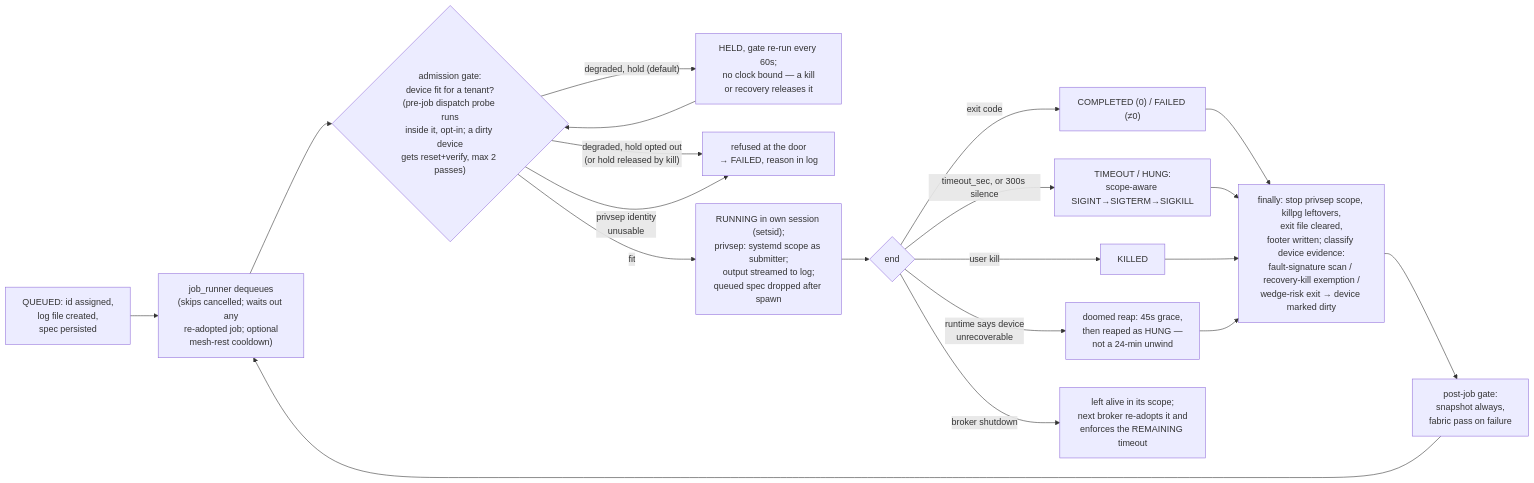
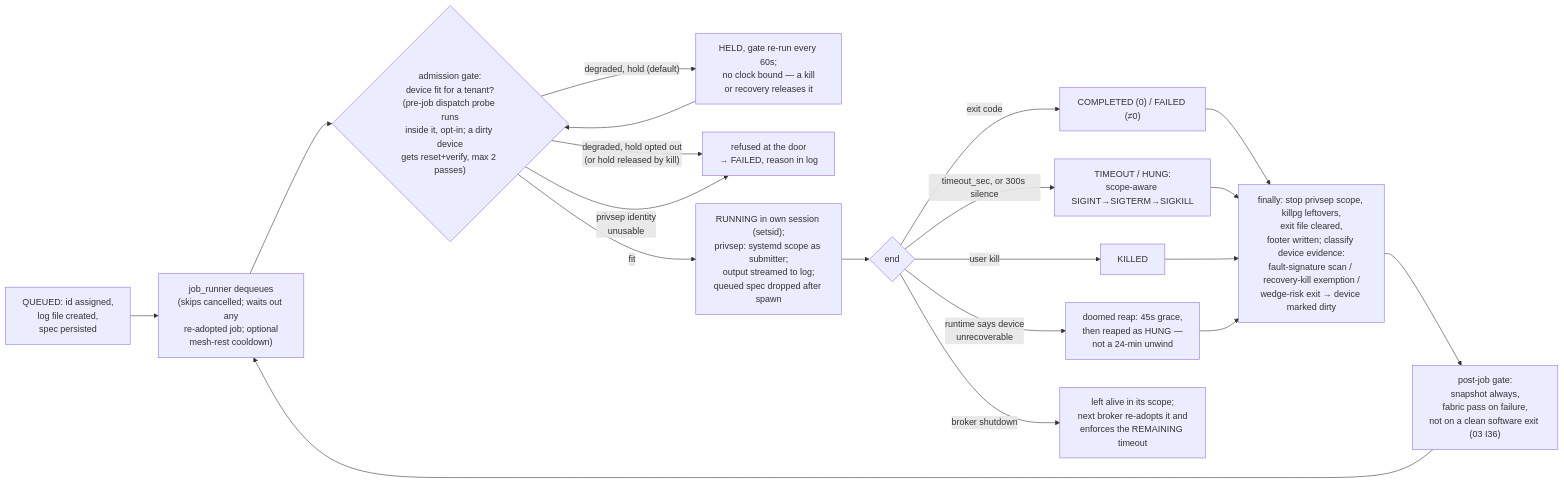
The diagram in specs/01-jobs.md (tenstorrent/tt-device-mcp), drawn with Mermaid before and after one commit. The commit also changed 3 other files, not shown here.

Commit message:
Spec the clean-software-exit skip of the post-job fabric pass

````diff
--- a/specs/01-jobs.md
+++ b/specs/01-jobs.md
@@ -509,21 +509,21 @@
 ```mermaid
 flowchart LR
   Q["QUEUED: id assigned,<br>log file created,<br>spec persisted"] --> D["job_runner dequeues<br>(skips cancelled; waits out any<br>re-adopted job; optional<br>mesh-rest cooldown)"]
   D --> G{"admission gate:<br>device fit for a tenant?<br>(pre-job dispatch probe runs<br>inside it, opt-in; a dirty device<br>gets reset+verify, max 2 passes)"}
   G -->|"degraded, hold (default)"| H["HELD, gate re-run every 60s;<br>no clock bound — a kill<br>or recovery releases it"] --> G
   G -->|"degraded, hold opted out<br>(or hold released by kill)"| RF["refused at the door<br>→ FAILED, reason in log"]
   G -->|"privsep identity<br>unusable"| RF
   G -->|fit| R["RUNNING in own session (setsid);<br>privsep: systemd scope as submitter;<br>output streamed to log;<br>queued spec dropped after spawn"]
   R --> E{end}
   E -->|exit code| C["COMPLETED (0) / FAILED (≠0)"]
   E -->|"timeout_sec, or 300s silence"| K["TIMEOUT / HUNG:<br>scope-aware SIGINT→SIGTERM→SIGKILL"]
   E -->|"user kill"| KD["KILLED"]
   E -->|"runtime says device<br>unrecoverable"| DM["doomed reap: 45s grace,<br>then reaped as HUNG —<br>not a 24-min unwind"]
   E -->|"broker shutdown"| A["left alive in its scope;<br>next broker re-adopts it and<br>enforces the REMAINING timeout"]
   C --> P
   K --> P
   KD --> P
   DM --> P
-  P["finally: stop privsep scope, killpg leftovers,<br>exit file cleared,<br>footer written; classify device evidence:<br>fault-signature scan / recovery-kill exemption /<br>wedge-risk exit → device marked dirty"] --> PJ["post-job gate:<br>snapshot always,<br>fabric pass on failure"]
+  P["finally: stop privsep scope, killpg leftovers,<br>exit file cleared,<br>footer written; classify device evidence:<br>fault-signature scan / recovery-kill exemption /<br>wedge-risk exit → device marked dirty"] --> PJ["post-job gate:<br>snapshot always,<br>fabric pass on failure,<br>not on a clean software exit (03 I36)"]
   PJ --> D
 ```
````
